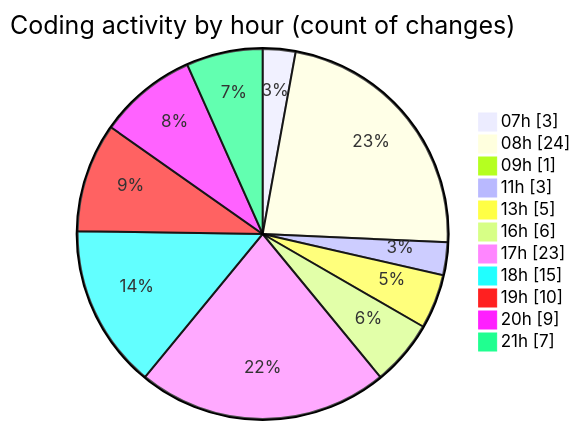
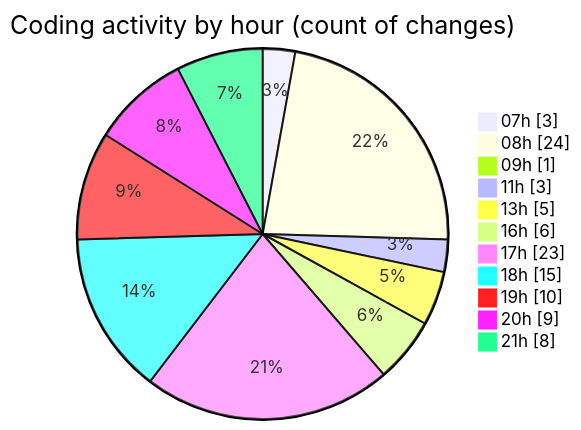
One commit to becaeroporto-bot/code-tracking changed the second of 2 diagrams in 2026-02-20/bot_i_a/README.md. Above: the diagram before and after it, drawn with Mermaid. The commit also changed other lines of this file and 1 other file, not shown here.

````diff
--- a/2026-02-20/bot_i_a/README.md
+++ b/2026-02-20/bot_i_a/README.md
@@ -55,15 +55,15 @@
 ```mermaid
 pie showData
 title Coding activity by hour (count of changes)
 "07h" : 3
 "08h" : 24
 "09h" : 1
 "11h" : 3
 "13h" : 5
 "16h" : 6
 "17h" : 23
 "18h" : 15
 "19h" : 10
 "20h" : 9
-"21h" : 7
+"21h" : 8
 ```
````
